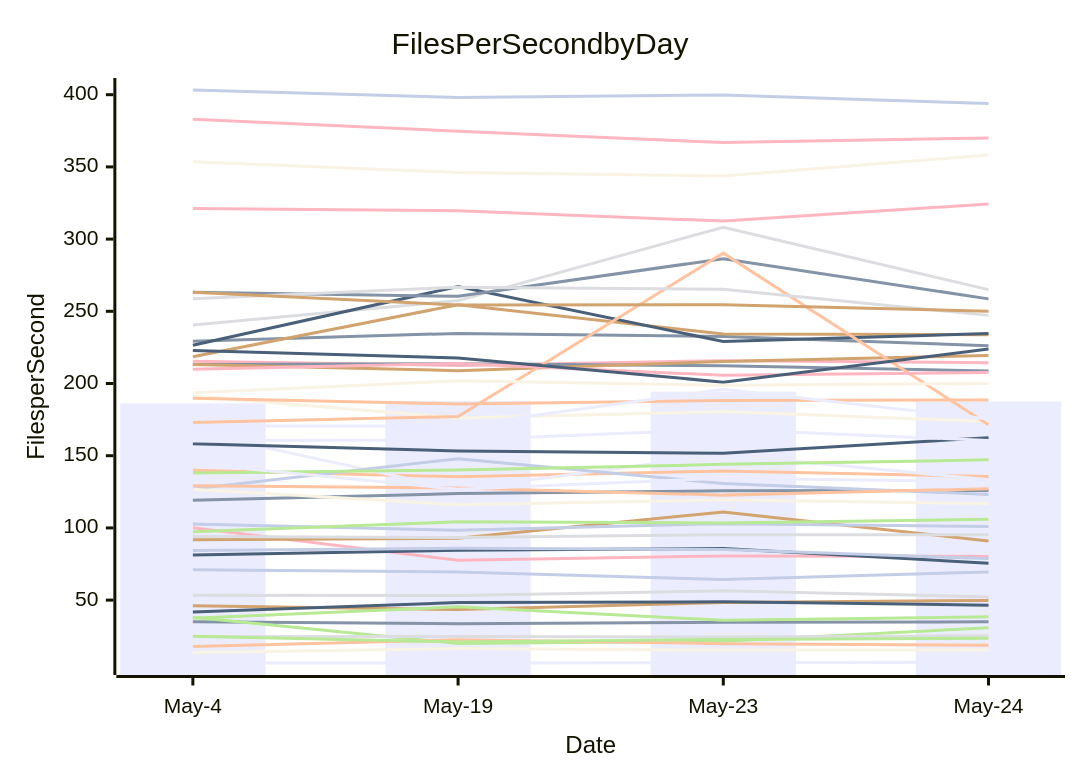
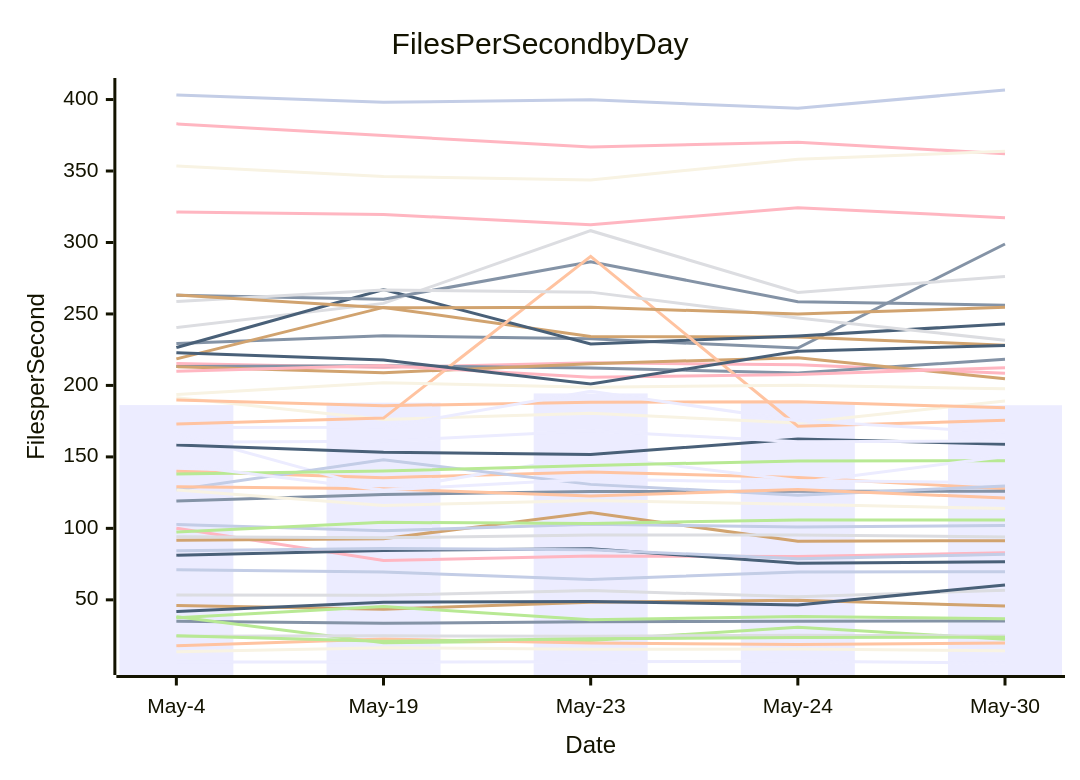
Before and after one commit to streetsidesoftware/cspell: the diagram in perf-report.md, drawn with Mermaid. The commit also changed other lines of this file and 2 other files, not shown here.

````diff
--- a/perf-report.md
+++ b/perf-report.md
@@ -11,57 +11,57 @@
 ```mermaid
 xychart-beta
     title Files Per Second by Day
     y-axis Files per Second
-    x-axis Date [May-4, May-19, May-23, May-24]
-    bar [186.25, 187.94, 194.38, 187.53]
-    line [35.07, 33.61, 34.69, 34.94]
-    line [140.01, 135.42, 139.50, 135.65]
-    line [53.38, 53.17, 56.48, 52.20]
-    line [38.18, 20.00, 21.53, 30.85]
-    line [46.04, 43.44, 48.37, 49.79]
-    line [71.11, 69.47, 64.25, 69.53]
-    line [100.08, 77.54, 80.59, 80.29]
-    line [81.26, 84.52, 85.73, 75.59]
-    line [191.37, 176.15, 180.59, 173.73]
-    line [166.55, 126.61, 150.87, 133.44]
-    line [119.17, 123.77, 125.73, 125.94]
-    line [17.95, 22.53, 19.87, 18.72]
-    line [24.56, 24.84, 24.48, 25.27]
-    line [24.93, 21.05, 22.73, 23.64]
-    line [91.75, 92.82, 111.10, 90.94]
-    line [102.79, 98.35, 102.96, 100.96]
-    line [382.99, 374.77, 366.83, 370.08]
-    line [158.32, 153.28, 151.73, 162.52]
-    line [13.72, 16.48, 15.39, 15.58]
-    line [6.46, 6.48, 6.70, 7.10]
-    line [229.32, 234.71, 232.57, 226.13]
-    line [189.78, 185.86, 188.16, 188.58]
-    line [240.52, 257.39, 308.24, 265.00]
-    line [37.38, 45.35, 36.07, 38.42]
-    line [218.55, 254.57, 234.26, 233.79]
-    line [127.00, 147.92, 130.77, 123.22]
-    line [215.39, 212.55, 215.84, 214.38]
-    line [226.51, 267.13, 229.05, 234.58]
-    line [353.58, 346.15, 343.69, 358.26]
-    line [160.29, 160.94, 168.26, 160.60]
-    line [213.17, 213.72, 212.23, 208.69]
-    line [129.13, 127.71, 122.71, 127.15]
-    line [94.12, 93.35, 95.34, 95.32]
-    line [138.03, 140.07, 144.01, 147.15]
-    line [213.15, 208.87, 215.23, 219.43]
-    line [84.38, 85.95, 85.08, 78.77]
-    line [321.24, 319.57, 312.48, 324.31]
-    line [41.81, 48.29, 48.86, 46.46]
-    line [126.81, 116.06, 119.43, 116.84]
-    line [144.52, 126.78, 134.48, 131.99]
-    line [263.11, 260.36, 286.42, 258.60]
-    line [172.93, 177.15, 290.28, 171.42]
-    line [258.73, 266.74, 265.26, 247.18]
-    line [97.37, 104.19, 103.43, 105.92]
-    line [263.28, 254.35, 254.61, 250.00]
-    line [403.25, 398.12, 399.78, 393.93]
-    line [209.84, 213.89, 205.67, 207.63]
-    line [222.86, 217.73, 200.96, 223.84]
-    line [193.68, 201.86, 198.76, 200.08]
-    line [170.59, 170.67, 195.94, 175.36]
+    x-axis Date [May-4, May-19, May-23, May-24, May-30]
+    bar [186.25, 187.94, 194.38, 187.53, 186.14]
+    line [35.07, 33.61, 34.69, 34.94, 35.19]
+    line [140.01, 135.42, 139.50, 135.65, 127.69]
+    line [53.38, 53.17, 56.48, 52.20, 56.68]
+    line [38.18, 20.00, 21.53, 30.85, 22.48]
+    line [46.04, 43.44, 48.37, 49.79, 45.66]
+    line [71.11, 69.47, 64.25, 69.53, 69.63]
+    line [100.08, 77.54, 80.59, 80.29, 82.96]
+    line [81.26, 84.52, 85.73, 75.59, 76.69]
+    line [191.37, 176.15, 180.59, 173.73, 189.18]
+    line [166.55, 126.61, 150.87, 133.44, 132.01]
+    line [119.17, 123.77, 125.73, 125.94, 125.99]
+    line [17.95, 22.53, 19.87, 18.72, 19.82]
+    line [24.56, 24.84, 24.48, 25.27, 24.77]
+    line [24.93, 21.05, 22.73, 23.64, 23.81]
+    line [91.75, 92.82, 111.10, 90.94, 91.41]
+    line [102.79, 98.35, 102.96, 100.96, 102.08]
+    line [382.99, 374.77, 366.83, 370.08, 362.12]
+    line [158.32, 153.28, 151.73, 162.52, 158.93]
+    line [13.72, 16.48, 15.39, 15.58, 14.44]
+    line [6.46, 6.48, 6.70, 7.10, 5.81]
+    line [229.32, 234.71, 232.57, 226.13, 298.95]
+    line [189.78, 185.86, 188.16, 188.58, 184.35]
+    line [240.52, 257.39, 308.24, 265.00, 276.25]
+    line [37.38, 45.35, 36.07, 38.42, 36.78]
+    line [218.55, 254.57, 234.26, 233.79, 228.16]
+    line [127.00, 147.92, 130.77, 123.22, 129.60]
+    line [215.39, 212.55, 215.84, 214.38, 208.55]
+    line [226.51, 267.13, 229.05, 234.58, 243.05]
+    line [353.58, 346.15, 343.69, 358.26, 363.76]
+    line [160.29, 160.94, 168.26, 160.60, 161.09]
+    line [213.17, 213.72, 212.23, 208.69, 218.24]
+    line [129.13, 127.71, 122.71, 127.15, 121.20]
+    line [94.12, 93.35, 95.34, 95.32, 94.04]
+    line [138.03, 140.07, 144.01, 147.15, 147.35]
+    line [213.15, 208.87, 215.23, 219.43, 204.61]
+    line [84.38, 85.95, 85.08, 78.77, 81.88]
+    line [321.24, 319.57, 312.48, 324.31, 317.33]
+    line [41.81, 48.29, 48.86, 46.46, 60.40]
+    line [126.81, 116.06, 119.43, 116.84, 113.93]
+    line [144.52, 126.78, 134.48, 131.99, 150.35]
+    line [263.11, 260.36, 286.42, 258.60, 256.12]
+    line [172.93, 177.15, 290.28, 171.42, 175.58]
+    line [258.73, 266.74, 265.26, 247.18, 231.63]
+    line [97.37, 104.19, 103.43, 105.92, 105.90]
+    line [263.28, 254.35, 254.61, 250.00, 254.61]
+    line [403.25, 398.12, 399.78, 393.93, 406.67]
+    line [209.84, 213.89, 205.67, 207.63, 212.42]
+    line [222.86, 217.73, 200.96, 223.84, 227.93]
+    line [193.68, 201.86, 198.76, 200.08, 197.65]
+    line [170.59, 170.67, 195.94, 175.36, 167.12]
 ```
````
